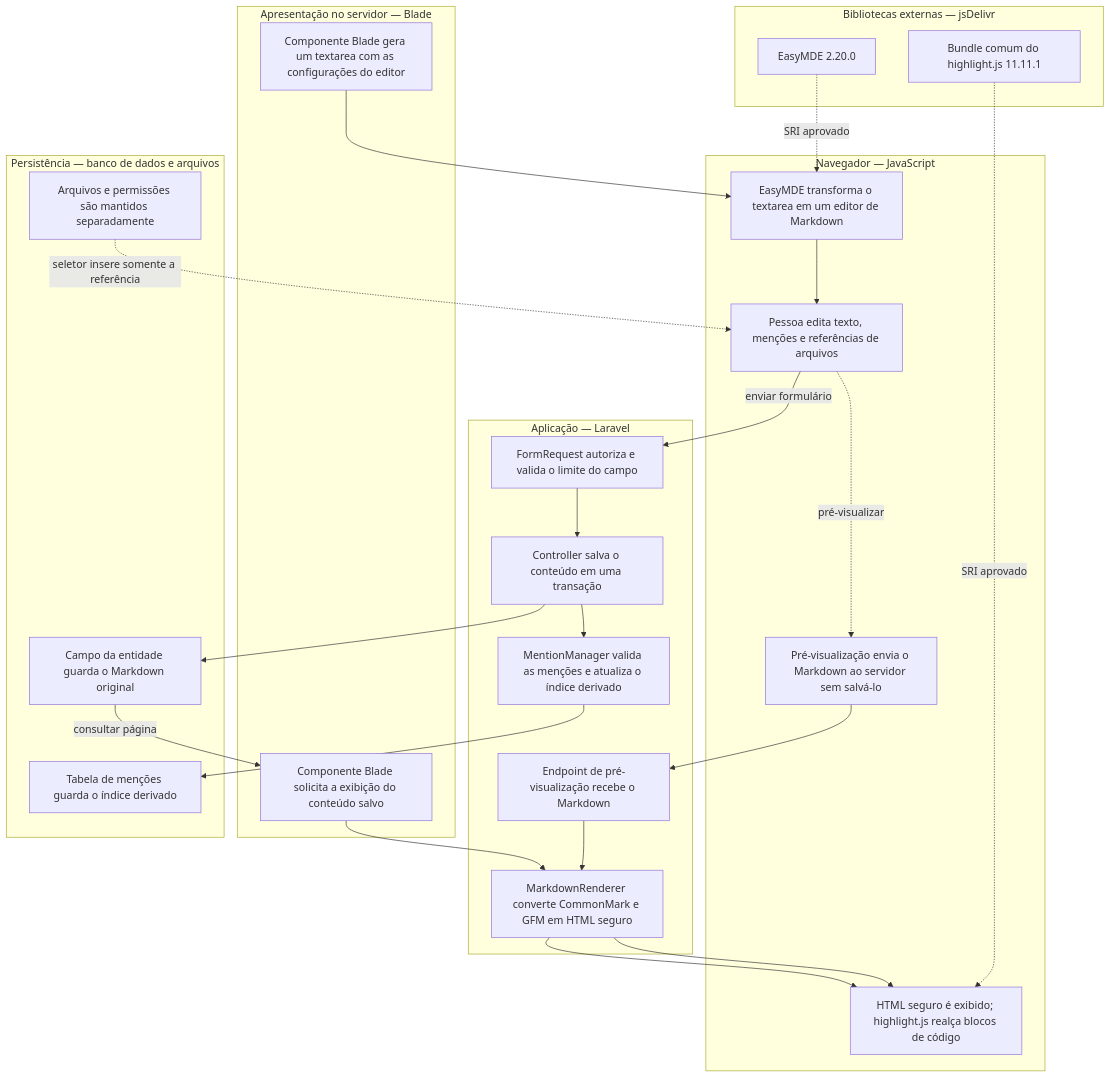
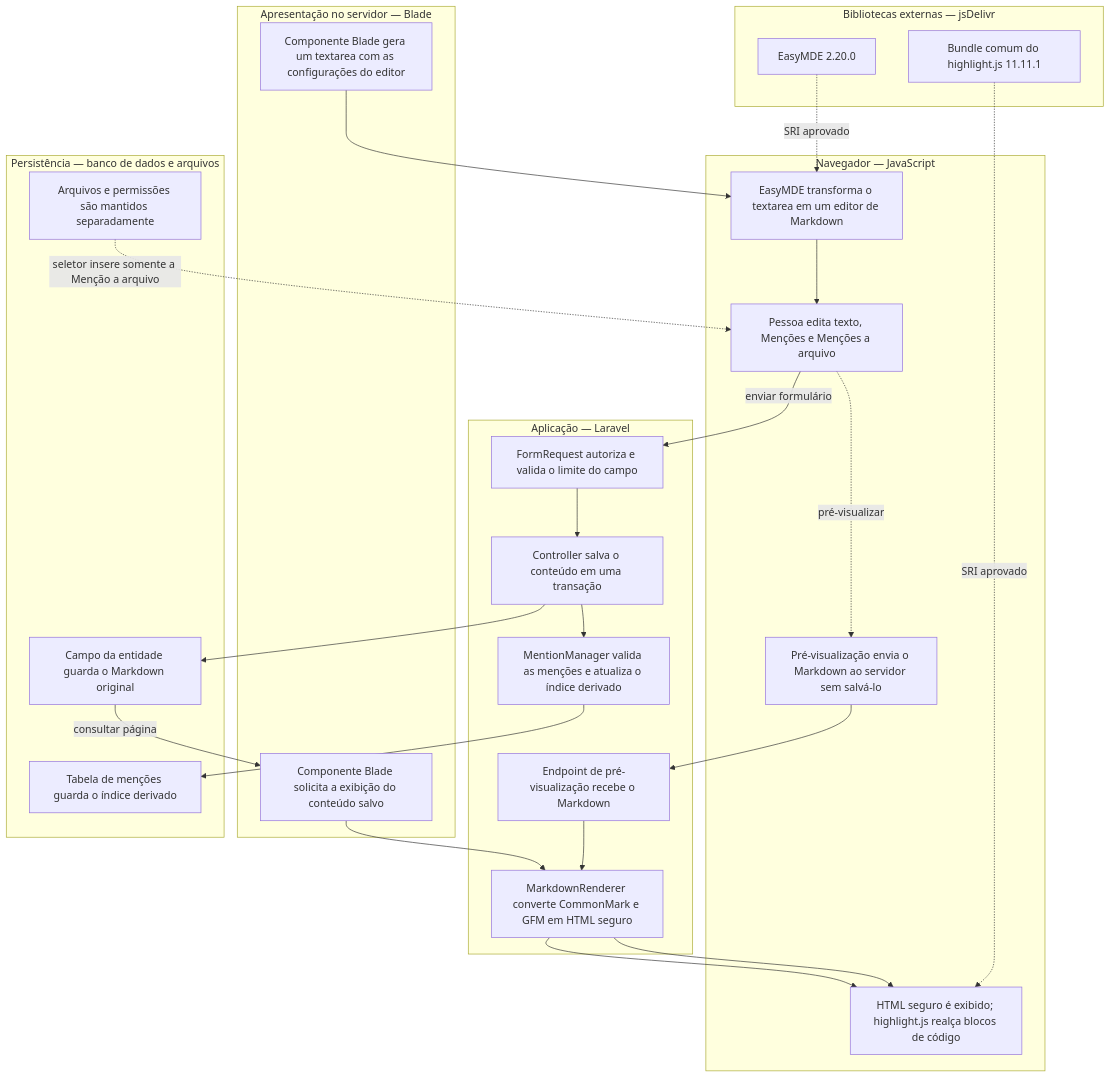
Before and after one commit to uspdev/gestao-projetos: the diagram in docs/dev-friendly/markdown/diagrama-markdown.md, drawn with Mermaid. The commit also changed 9 other files, not shown here.

````diff
--- a/docs/dev-friendly/markdown/diagrama-markdown.md
+++ b/docs/dev-friendly/markdown/diagrama-markdown.md
@@ -6,44 +6,44 @@
 ```mermaid
 flowchart TD
     subgraph presentation["Apresentação no servidor — Blade"]
         textarea["Componente Blade gera um textarea com as configurações do editor"]
         content["Componente Blade solicita a exibição do conteúdo salvo"]
     end
 
     subgraph browser["Navegador — JavaScript"]
         editor["EasyMDE transforma o textarea em um editor de Markdown"]
-        author["Pessoa edita texto, menções e referências de arquivos"]
+        author["Pessoa edita texto, Menções e Menções a arquivo"]
         preview["Pré-visualização envia o Markdown ao servidor sem salvá-lo"]
         display["HTML seguro é exibido; highlight.js realça blocos de código"]
     end
 
     subgraph external["Bibliotecas externas — jsDelivr"]
         easyMdeCdn["EasyMDE 2.20.0"]
         highlightCdn["Bundle comum do highlight.js 11.11.1"]
     end
 
     subgraph application["Aplicação — Laravel"]
         validation["FormRequest autoriza e valida o limite do campo"]
         controller["Controller salva o conteúdo em uma transação"]
         previewController["Endpoint de pré-visualização recebe o Markdown"]
         renderer["MarkdownRenderer converte CommonMark e GFM em HTML seguro"]
         mentions["MentionManager valida as menções e atualiza o índice derivado"]
     end
 
     subgraph persistence["Persistência — banco de dados e arquivos"]
         database["Campo da entidade guarda o Markdown original"]
         mentionIndex["Tabela de menções guarda o índice derivado"]
         files["Arquivos e permissões são mantidos separadamente"]
     end
 
     textarea --> editor --> author
     easyMdeCdn -. "SRI aprovado" .-> editor
     highlightCdn -. "SRI aprovado" .-> display
     author -. "pré-visualizar" .-> preview --> previewController --> renderer --> display
     author -- "enviar formulário" --> validation --> controller
     controller --> database
     controller --> mentions --> mentionIndex
     database -- "consultar página" --> content --> renderer
     renderer --> display
-    files -. "seletor insere somente a referência" .-> author
+    files -. "seletor insere somente a Menção a arquivo" .-> author
 ```
````
